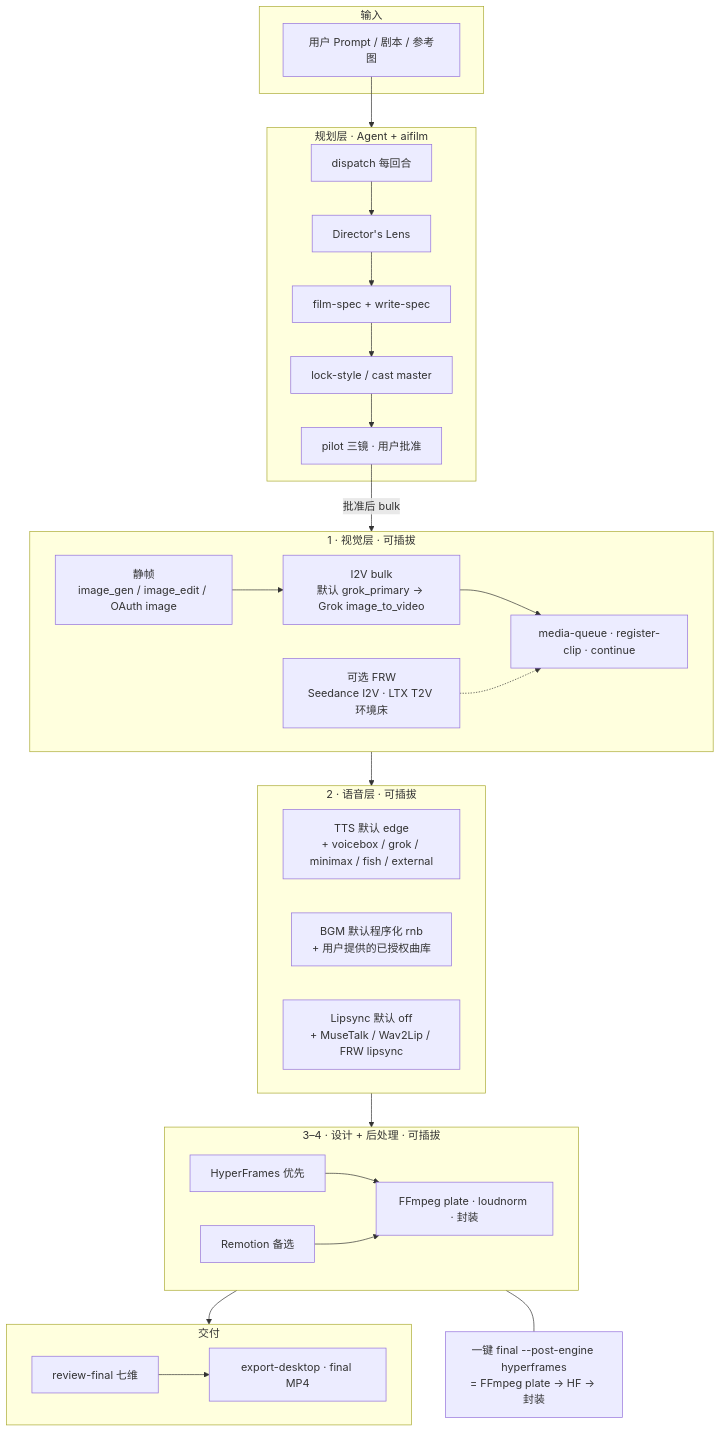
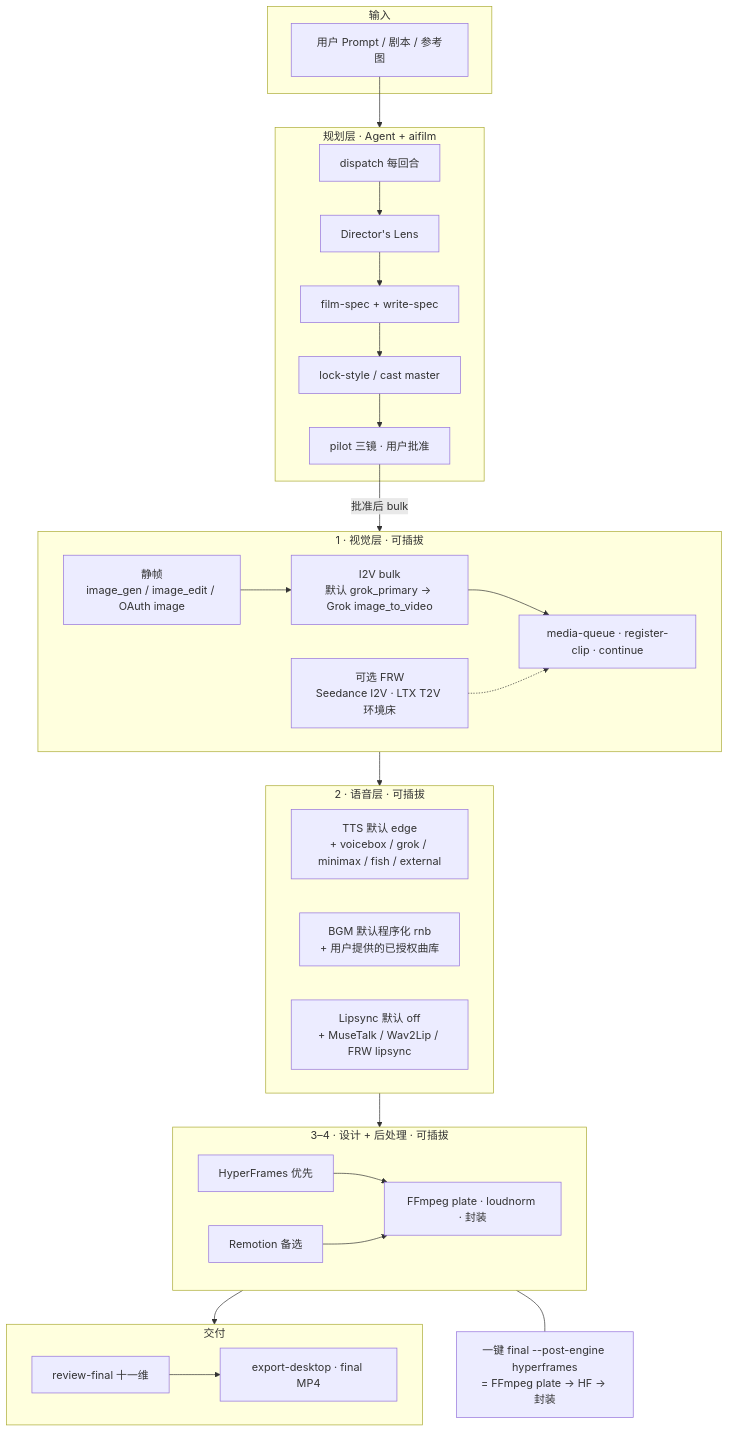
The diagram in README.md (sooneocean/ai-film-grok), drawn with Mermaid before and after one commit. The commit also changed other lines of this file and 16 other files, not shown here.

````diff
--- a/README.md
+++ b/README.md
@@ -168,53 +168,53 @@
 ```mermaid
 flowchart TB
   subgraph IN["输入"]
     P["用户 Prompt / 剧本 / 参考图"]
   end
 
   subgraph AGENT["规划层 · Agent + aifilm"]
     D["dispatch 每回合"]
     L["Director's Lens"]
     S["film-spec + write-spec"]
     STY["lock-style / cast master"]
     PI["pilot 三镜 · 用户批准"]
     D --> L --> S --> STY --> PI
   end
 
   subgraph VIS["1 · 视觉层 · 可插拔"]
     STILL["静帧<br/>image_gen / image_edit / OAuth image"]
     I2V["I2V bulk<br/>默认 grok_primary → Grok image_to_video"]
     FRW["可选 FRW<br/>Seedance I2V · LTX T2V 环境床"]
     Q["media-queue · register-clip · continue"]
     STILL --> I2V --> Q
     FRW -.-> Q
   end
 
   subgraph VOI["2 · 语音层 · 可插拔"]
     TTS["TTS 默认 edge<br/>+ voicebox / grok / minimax / fish / external"]
     BGM["BGM 默认程序化 rnb<br/>+ 用户提供的已授权曲库"]
     LIP["Lipsync 默认 off<br/>+ MuseTalk / Wav2Lip / FRW lipsync"]
   end
 
   subgraph POST["3–4 · 设计 + 后处理 · 可插拔"]
     HF["HyperFrames 优先"]
     REM["Remotion 备选"]
     FF["FFmpeg plate · loudnorm · 封装"]
     HF --> FF
     REM --> FF
   end
 
   subgraph OUT["交付"]
-    RV["review-final 七维"]
+    RV["review-final 十一维"]
     EX["export-desktop · final MP4"]
     RV --> EX
   end
 
   P --> AGENT
   PI -->|批准后 bulk| VIS
   VIS --> VOI
   VOI --> POST
   POST --> OUT
 
   note1["一键 final --post-engine hyperframes<br/>= FFmpeg plate → HF → 封装"]
   POST --- note1
 ```
````
